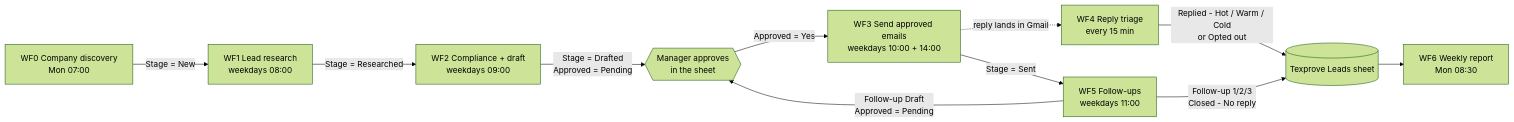
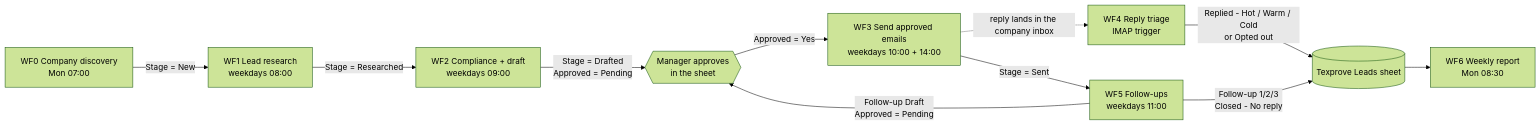
One commit to Mowassir-Noor/n8n_sales_automation changed the diagram in README.md. Above: the diagram before and after it, drawn with Mermaid (forest theme). The commit also changed other lines of this file and 13 other files, not shown here.

First line of the commit message:
Company mail, WhatsApp removal, greeting rule and inbox-placement copy

````diff
--- a/README.md
+++ b/README.md
@@ -30,13 +30,13 @@
 ```mermaid
 flowchart LR
     WF0[WF0 Company discovery<br/>Mon 07:00] -->|Stage = New| WF1[WF1 Lead research<br/>weekdays 08:00]
     WF1 -->|Stage = Researched| WF2[WF2 Compliance + draft<br/>weekdays 09:00]
     WF2 -->|Stage = Drafted<br/>Approved = Pending| Nil{{Manager approves<br/>in the sheet}}
     Nil -->|Approved = Yes| WF3[WF3 Send approved emails<br/>weekdays 10:00 + 14:00]
     WF3 -->|Stage = Sent| WF5[WF5 Follow-ups<br/>weekdays 11:00]
     WF5 -->|Follow-up Draft<br/>Approved = Pending| Nil
-    WF3 -.->|reply lands in Gmail| WF4[WF4 Reply triage<br/>every 15 min]
+    WF3 -.->|reply lands in the company inbox| WF4[WF4 Reply triage<br/>IMAP trigger]
     WF4 -->|Replied - Hot / Warm / Cold<br/>or Opted out| Sheet[(Texprove Leads sheet)]
     WF5 -->|Follow-up 1/2/3<br/>Closed - No reply| Sheet
     Sheet --> WF6[WF6 Weekly report<br/>Mon 08:30]
 ```
````
